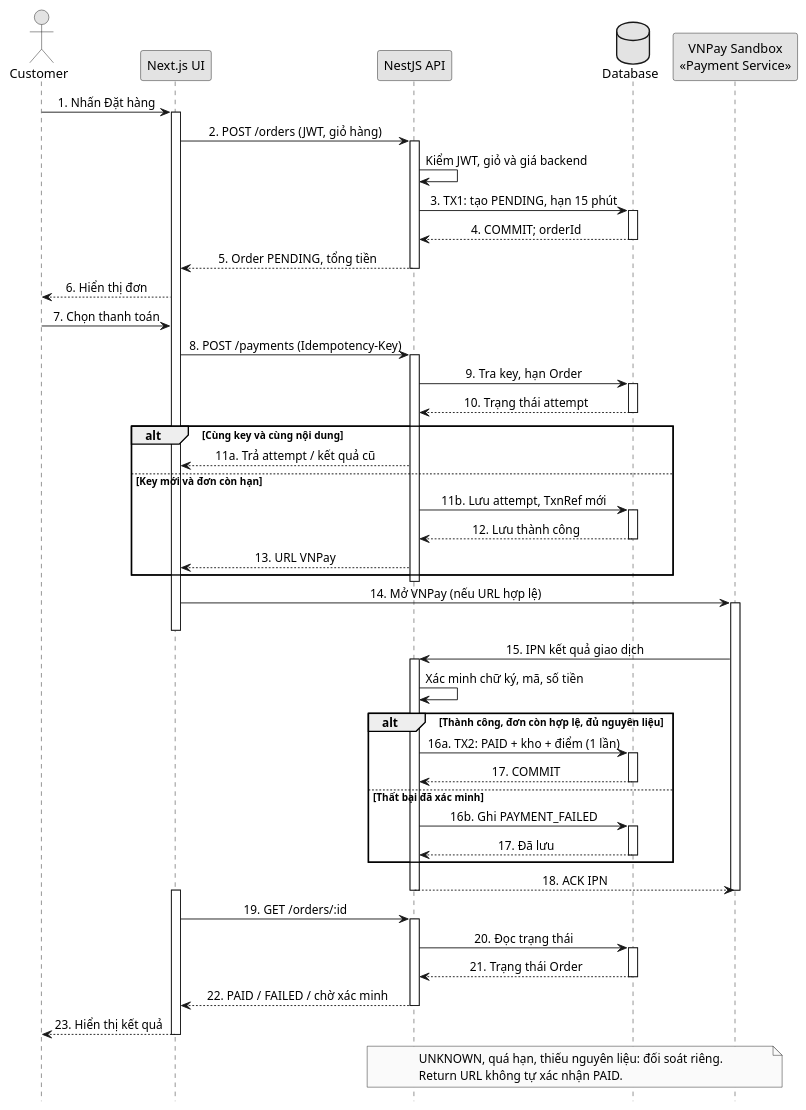
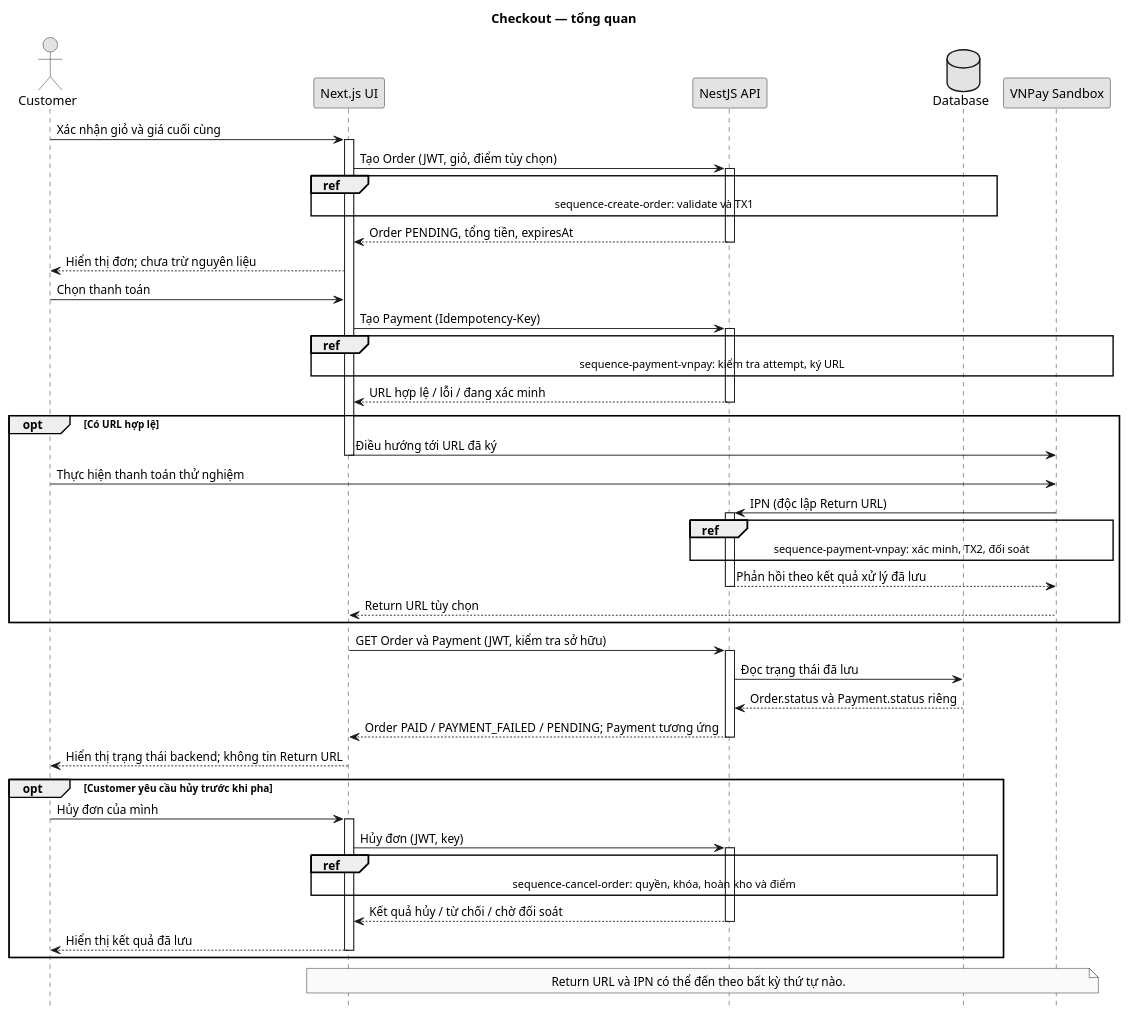
One commit to mhien06/SWE_A2 changed the diagram in docs/diagrams/sources/sequence-checkout.puml. Above: the diagram before and after it, drawn with PlantUML. The commit also changed 18 other files, not shown here.

Commit message:
docs(task2.2): address checkout sequence review

```diff
--- a/docs/diagrams/sources/sequence-checkout.puml
+++ b/docs/diagrams/sources/sequence-checkout.puml
@@ -1,75 +1,57 @@
 @startuml
-' Task 2.2 - Sequence Diagram: Dat hang va thanh toan
-skinparam backgroundColor white
+hide footbox
 skinparam monochrome true
 skinparam shadowing false
-skinparam sequenceMessageAlign center
-hide footbox
-actor "Customer" as C
+actor Customer as C
 participant "Next.js UI" as UI
 participant "NestJS API" as API
-database "Database" as DB
-participant "VNPay Sandbox\n«Payment Service»" as VN
-
-C -> UI: 1. Nhấn Đặt hàng
+database Database as DB
+participant "VNPay Sandbox" as VN
+title Checkout — tổng quan
+C -> UI: Xác nhận giỏ và giá cuối cùng
 activate UI
-UI -> API: 2. POST /orders (JWT, giỏ hàng)
+UI -> API: Tạo Order (JWT, giỏ, điểm tùy chọn)
 activate API
-API -> API: Kiểm JWT, giỏ và giá backend
-API -> DB: 3. TX1: tạo PENDING, hạn 15 phút
-activate DB
-DB --> API: 4. COMMIT; orderId
-deactivate DB
-API --> UI: 5. Order PENDING, tổng tiền
+ref over UI, DB: sequence-create-order: validate và TX1
+API --> UI: Order PENDING, tổng tiền, expiresAt
 deactivate API
-UI --> C: 6. Hiển thị đơn
-C -> UI: 7. Chọn thanh toán
-UI -> API: 8. POST /payments (Idempotency-Key)
+UI --> C: Hiển thị đơn; chưa trừ nguyên liệu
+C -> UI: Chọn thanh toán
+UI -> API: Tạo Payment (Idempotency-Key)
 activate API
-API -> DB: 9. Tra key, hạn Order
-activate DB
-DB --> API: 10. Trạng thái attempt
-deactivate DB
-alt Cùng key và cùng nội dung
-    API --> UI: 11a. Trả attempt / kết quả cũ
-else Key mới và đơn còn hạn
-    API -> DB: 11b. Lưu attempt, TxnRef mới
-    activate DB
-    DB --> API: 12. Lưu thành công
-    deactivate DB
-    API --> UI: 13. URL VNPay
+ref over UI, VN: sequence-payment-vnpay: kiểm tra attempt, ký URL
+API --> UI: URL hợp lệ / lỗi / đang xác minh
+deactivate API
+opt Có URL hợp lệ
+UI -> VN: Điều hướng tới URL đã ký
+deactivate UI
+C -> VN: Thực hiện thanh toán thử nghiệm
+VN -> API: IPN (độc lập Return URL)
+activate API
+ref over API, VN: sequence-payment-vnpay: xác minh, TX2, đối soát
+API --> VN: Phản hồi theo kết quả xử lý đã lưu
+deactivate API
+VN --> UI: Return URL tùy chọn
 end
+activate UI
+UI -> API: GET Order và Payment (JWT, kiểm tra sở hữu)
+activate API
+API -> DB: Đọc trạng thái đã lưu
+DB --> API: Order.status và Payment.status riêng
+API --> UI: Order PAID / PAYMENT_FAILED / PENDING; Payment tương ứng
 deactivate API
-UI -> VN: 14. Mở VNPay (nếu URL hợp lệ)
-activate VN
+UI --> C: Hiển thị trạng thái backend; không tin Return URL
 deactivate UI
-VN -> API: 15. IPN kết quả giao dịch
+opt Customer yêu cầu hủy trước khi pha
+C -> UI: Hủy đơn của mình
+activate UI
+UI -> API: Hủy đơn (JWT, key)
 activate API
-API -> API: Xác minh chữ ký, mã, số tiền
-alt Thành công, đơn còn hợp lệ, đủ nguyên liệu
-    API -> DB: 16a. TX2: PAID + kho + điểm (1 lần)
-    activate DB
-    DB --> API: 17. COMMIT
-    deactivate DB
-else Thất bại đã xác minh
-    API -> DB: 16b. Ghi PAYMENT_FAILED
-    activate DB
-    DB --> API: 17. Đã lưu
-    deactivate DB
+ref over UI, DB: sequence-cancel-order: quyền, khóa, hoàn kho và điểm
+API --> UI: Kết quả hủy / từ chối / chờ đối soát
+deactivate API
+UI --> C: Hiển thị kết quả đã lưu
+deactivate UI
 end
-API --> VN: 18. ACK IPN
-deactivate API
-deactivate VN
-activate UI
-UI -> API: 19. GET /orders/:id
-activate API
-API -> DB: 20. Đọc trạng thái
-activate DB
-DB --> API: 21. Trạng thái Order
-deactivate DB
-API --> UI: 22. PAID / FAILED / chờ xác minh
-deactivate API
-UI --> C: 23. Hiển thị kết quả
-deactivate UI
-note over API, VN: UNKNOWN, quá hạn, thiếu nguyên liệu: đối soát riêng.\nReturn URL không tự xác nhận PAID.
+note over UI, VN: Return URL và IPN có thể đến theo bất kỳ thứ tự nào.
 @enduml
```
